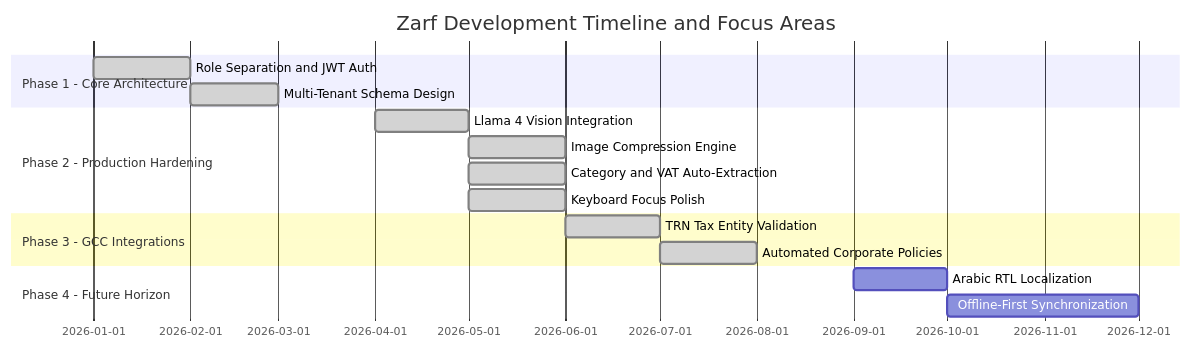
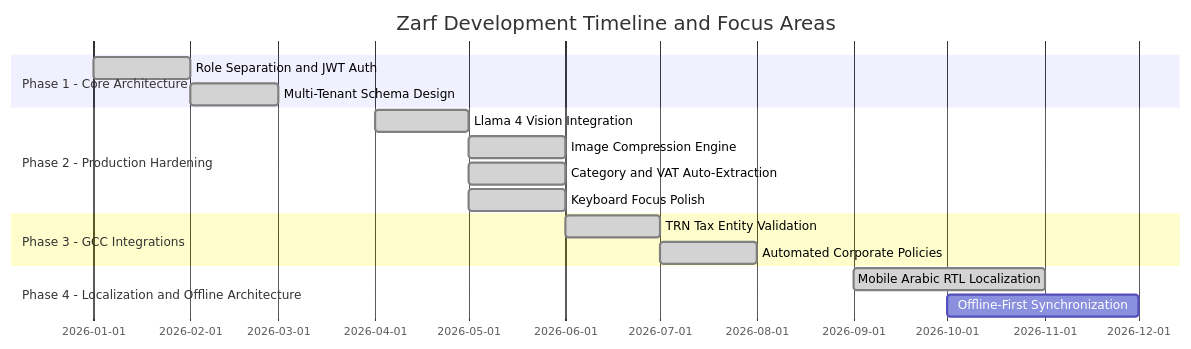
One commit to r6rizwan/Zarf changed the diagram in ROADMAP.md. Above: the diagram before and after it, drawn with Mermaid. The commit also changed other lines of this file and 40 other files, not shown here.

First line of the commit message:
Add Arabic localization to mobile app

````diff
--- a/ROADMAP.md
+++ b/ROADMAP.md
@@ -9,19 +9,19 @@
 ```mermaid
 gantt
     title Zarf Development Timeline and Focus Areas
     dateFormat  YYYY-MM
     section Phase 1 - Core Architecture
     Role Separation and JWT Auth         :done, p1, 2026-01, 2026-02
     Multi-Tenant Schema Design        :done, p2, 2026-02, 2026-03
     section Phase 2 - Production Hardening
     Llama 4 Vision Integration         :done, p3, 2026-04, 2026-05
     Image Compression Engine          :done, p4, 2026-05, 2026-06
     Category and VAT Auto-Extraction    :done, p5, 2026-05, 2026-06
     Keyboard Focus Polish             :done, p6, 2026-05, 2026-06
     section Phase 3 - GCC Integrations
     TRN Tax Entity Validation         :done, p7, 2026-06, 2026-07
     Automated Corporate Policies      :done, p8, 2026-07, 2026-08
-    section Phase 4 - Future Horizon
-    Arabic RTL Localization           : p9, 2026-09, 2026-10
+    section Phase 4 - Localization and Offline Architecture
+    Mobile Arabic RTL Localization     :done, p9, 2026-09, 2026-11
     Offline-First Synchronization     : p10, 2026-10, 2026-12
 ```
````
